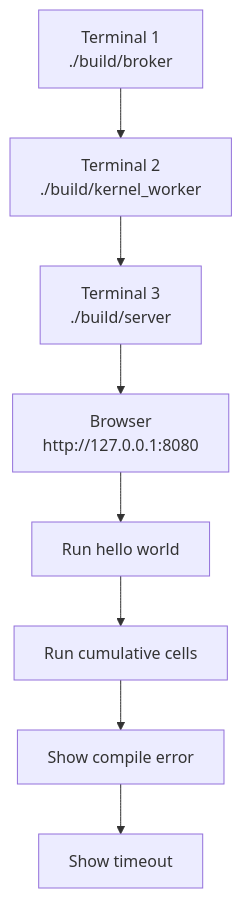
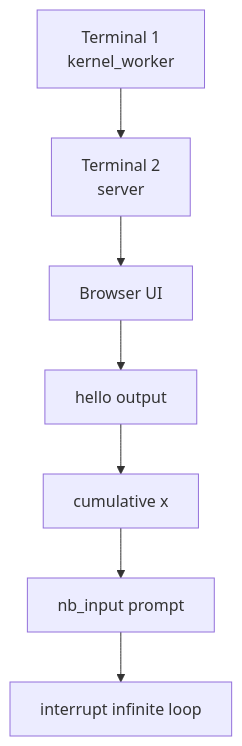
Before and after one commit to Andrew53O/zemomq-c-notebook: diagram 12 of 15 in presentation/PRESENTATION_SLIDES.md, drawn with Mermaid. The commit also changed other lines of this file and 1 other file, not shown here.

````diff
--- a/presentation/PRESENTATION_SLIDES.md
+++ b/presentation/PRESENTATION_SLIDES.md
@@ -656,10 +531,9 @@
 ```mermaid
 flowchart TD
-    A["Terminal 1<br/>./build/broker"] --> B["Terminal 2<br/>./build/kernel_worker"]
-    B --> C["Terminal 3<br/>./build/server"]
-    C --> D["Browser<br/>http://127.0.0.1:8080"]
-    D --> E["Run hello world"]
-    E --> F["Run cumulative cells"]
-    F --> G["Show compile error"]
-    G --> H["Show timeout"]
+    A["Terminal 1<br/>kernel_worker"] --> B["Terminal 2<br/>server"]
+    B --> C["Browser UI"]
+    C --> D["hello output"]
+    D --> E["cumulative x"]
+    E --> F["nb_input prompt"]
+    F --> G["interrupt infinite loop"]
 ```
````
